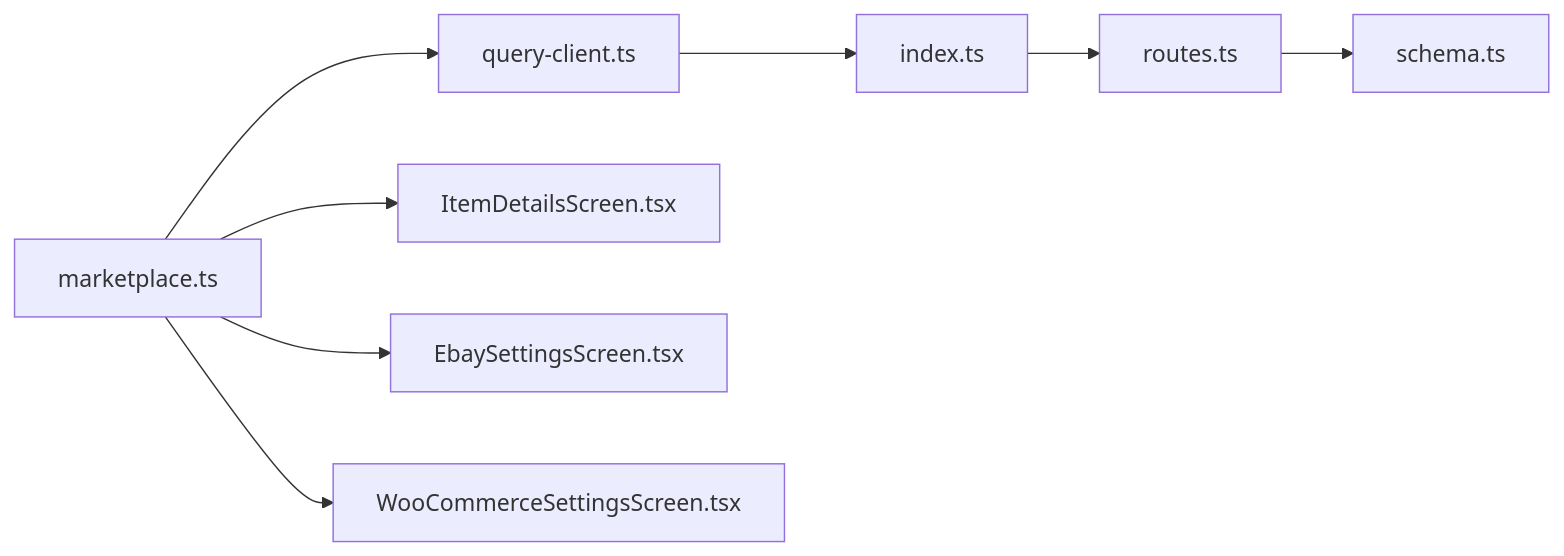
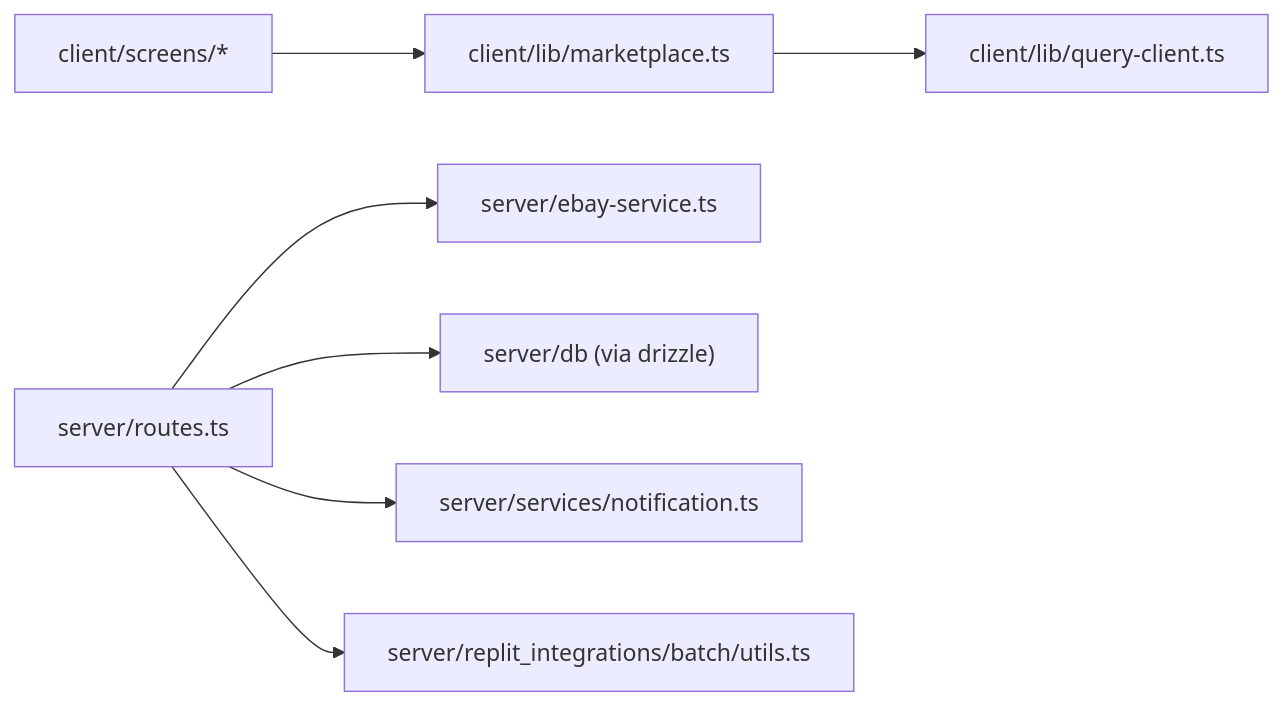
The sixth of 6 diagrams in .qoder/repowiki/en/content/Marketplace Integration/Marketplace Integration.md (hunglevi87/Hidden-Gem), drawn with Mermaid before and after one commit. The commit also changed other lines of this file and 99 other files, not shown here.

````diff
--- a/.qoder/repowiki/en/content/Marketplace Integration/Marketplace Integration.md
+++ b/.qoder/repowiki/en/content/Marketplace Integration/Marketplace Integration.md
@@ -288,10 +311,9 @@
 ```mermaid
 graph LR
-Client["marketplace.ts"] --> Query["query-client.ts"]
-Client --> UI_Item["ItemDetailsScreen.tsx"]
-Client --> UI_Ebay["EbaySettingsScreen.tsx"]
-Client --> UI_Woo["WooCommerceSettingsScreen.tsx"]
-Query --> Server["index.ts"]
-Server --> Routes["routes.ts"]
-Routes --> DB["schema.ts"]
+MP["client/lib/marketplace.ts"] --> QC["client/lib/query-client.ts"]
+UI["client/screens/*"] --> MP
+RT["server/routes.ts"] --> ES["server/ebay-service.ts"]
+RT --> DB["server/db (via drizzle)"]
+RT --> NT["server/services/notification.ts"]
+RT --> BT["server/replit_integrations/batch/utils.ts"]
 ```
````
